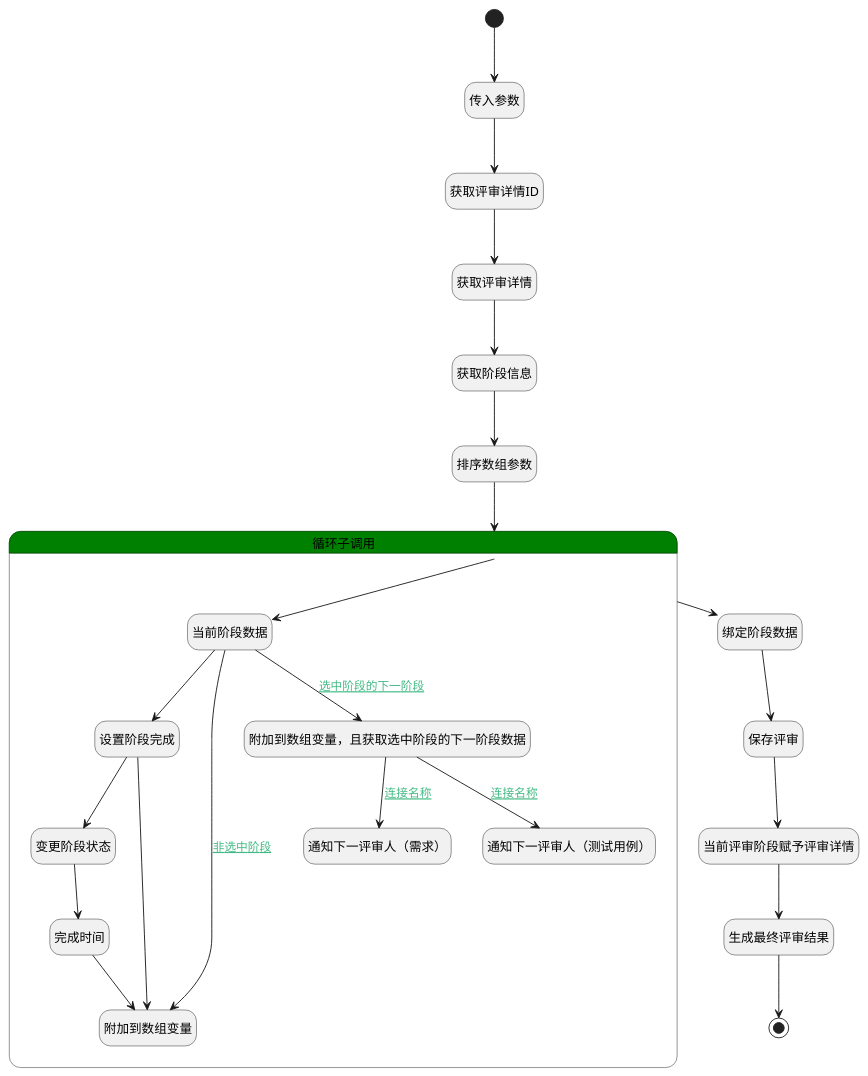
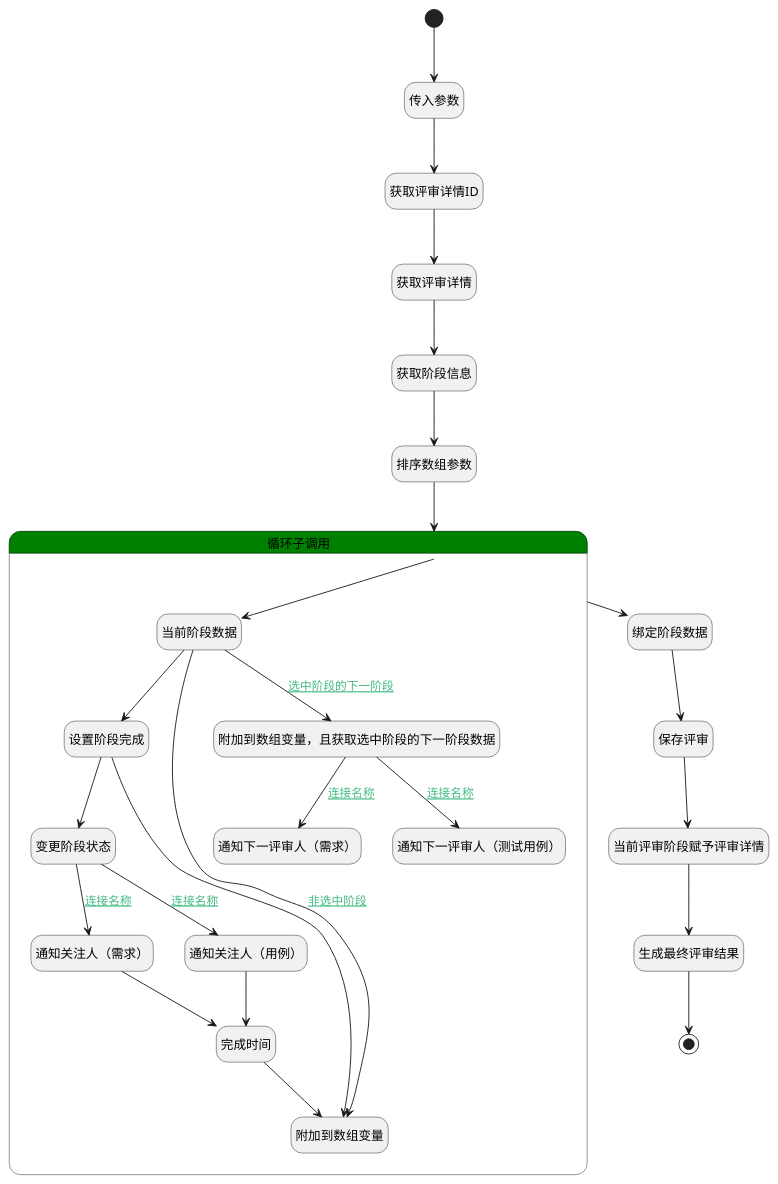
The diagram in doc/docsify/module/TestMgmt/review_content/logic/complete_review.md (iBizLab/plm), drawn with PlantUML before and after one commit. The commit also changed other lines of this file and 726 other files, not shown here.

````diff
--- a/doc/docsify/module/TestMgmt/review_content/logic/complete_review.md
+++ b/doc/docsify/module/TestMgmt/review_content/logic/complete_review.md
@@ -7,58 +7,63 @@
 ```plantuml
 @startuml
 hide empty description
 <style>
 root {
   HyperlinkColor #42b983
 }
 </style>
 
 hide empty description
 state "开始" as Begin <<start>> [[$./complete_review#begin {"开始"}]]
 state "结束" as END1 <<end>> [[$./complete_review#end1 {"结束"}]]
 state "传入参数" as DEBUGPARAM1  [[$./complete_review#debugparam1 {"传入参数"}]]
 state "获取评审详情ID" as PREPAREPARAM1  [[$./complete_review#prepareparam1 {"获取评审详情ID"}]]
 state "获取评审详情" as DEACTION1  [[$./complete_review#deaction1 {"获取评审详情"}]]
 state "获取阶段信息" as PREPAREPARAM2  [[$./complete_review#prepareparam2 {"获取阶段信息"}]]
 state "排序数组参数" as SORTPARAM1  [[$./complete_review#sortparam1 {"排序数组参数"}]]
 state "绑定阶段数据" as PREPAREPARAM5  [[$./complete_review#prepareparam5 {"绑定阶段数据"}]]
 state "保存评审" as DEACTION2  [[$./complete_review#deaction2 {"保存评审"}]]
 state "当前评审阶段赋予评审详情" as PREPAREPARAM7  [[$./complete_review#prepareparam7 {"当前评审阶段赋予评审详情"}]]
 state "生成最终评审结果" as DELOGIC1  [[$./complete_review#delogic1 {"生成最终评审结果"}]]
 state "循环子调用" as LOOPSUBCALL1  [[$./complete_review#loopsubcall1 {"循环子调用"}]] #green {
 state "当前阶段数据" as DEBUGPARAM2  [[$./complete_review#debugparam2 {"当前阶段数据"}]]
 state "设置阶段完成" as PREPAREPARAM3  [[$./complete_review#prepareparam3 {"设置阶段完成"}]]
 state "变更阶段状态" as PREPAREPARAM6  [[$./complete_review#prepareparam6 {"变更阶段状态"}]]
+state "通知关注人（需求）" as DENOTIFY3  [[$./complete_review#denotify3 {"通知关注人（需求）"}]]
+state "通知关注人（用例）" as DENOTIFY4  [[$./complete_review#denotify4 {"通知关注人（用例）"}]]
 state "完成时间" as RAWSFCODE1  [[$./complete_review#rawsfcode1 {"完成时间"}]]
 state "附加到数组变量" as PREPAREPARAM4  [[$./complete_review#prepareparam4 {"附加到数组变量"}]]
 state "附加到数组变量，且获取选中阶段的下一阶段数据" as PREPAREPARAM8  [[$./complete_review#prepareparam8 {"附加到数组变量，且获取选中阶段的下一阶段数据"}]]
 state "通知下一评审人（需求）" as DENOTIFY1  [[$./complete_review#denotify1 {"通知下一评审人（需求）"}]]
 state "通知下一评审人（测试用例）" as DENOTIFY2  [[$./complete_review#denotify2 {"通知下一评审人（测试用例）"}]]
 }
 
 
 Begin --> DEBUGPARAM1
 DEBUGPARAM1 --> PREPAREPARAM1
 PREPAREPARAM1 --> DEACTION1
 DEACTION1 --> PREPAREPARAM2
 PREPAREPARAM2 --> SORTPARAM1
 SORTPARAM1 --> LOOPSUBCALL1
 LOOPSUBCALL1 --> PREPAREPARAM5
 PREPAREPARAM5 --> DEACTION2
 DEACTION2 --> PREPAREPARAM7
 PREPAREPARAM7 --> DELOGIC1
 DELOGIC1 --> END1
 LOOPSUBCALL1 --> DEBUGPARAM2
 DEBUGPARAM2 --> PREPAREPARAM3
 PREPAREPARAM3 --> PREPAREPARAM6
-PREPAREPARAM6 --> RAWSFCODE1
+PREPAREPARAM6 --> DENOTIFY3 : [[$./complete_review#prepareparam6-denotify3{连接名称} 连接名称]]
+DENOTIFY3 --> RAWSFCODE1
 RAWSFCODE1 --> PREPAREPARAM4
+PREPAREPARAM6 --> DENOTIFY4 : [[$./complete_review#prepareparam6-denotify4{连接名称} 连接名称]]
+DENOTIFY4 --> RAWSFCODE1
 PREPAREPARAM3 --> PREPAREPARAM4
 DEBUGPARAM2 --> PREPAREPARAM4 : [[$./complete_review#debugparam2-prepareparam4{非选中阶段} 非选中阶段]]
 DEBUGPARAM2 --> PREPAREPARAM8 : [[$./complete_review#debugparam2-prepareparam8{选中阶段的下一阶段} 选中阶段的下一阶段]]
 PREPAREPARAM8 --> DENOTIFY1 : [[$./complete_review#prepareparam8-denotify1{连接名称} 连接名称]]
 PREPAREPARAM8 --> DENOTIFY2 : [[$./complete_review#prepareparam8-denotify2{连接名称} 连接名称]]
 
 
 @enduml
 ```
````
